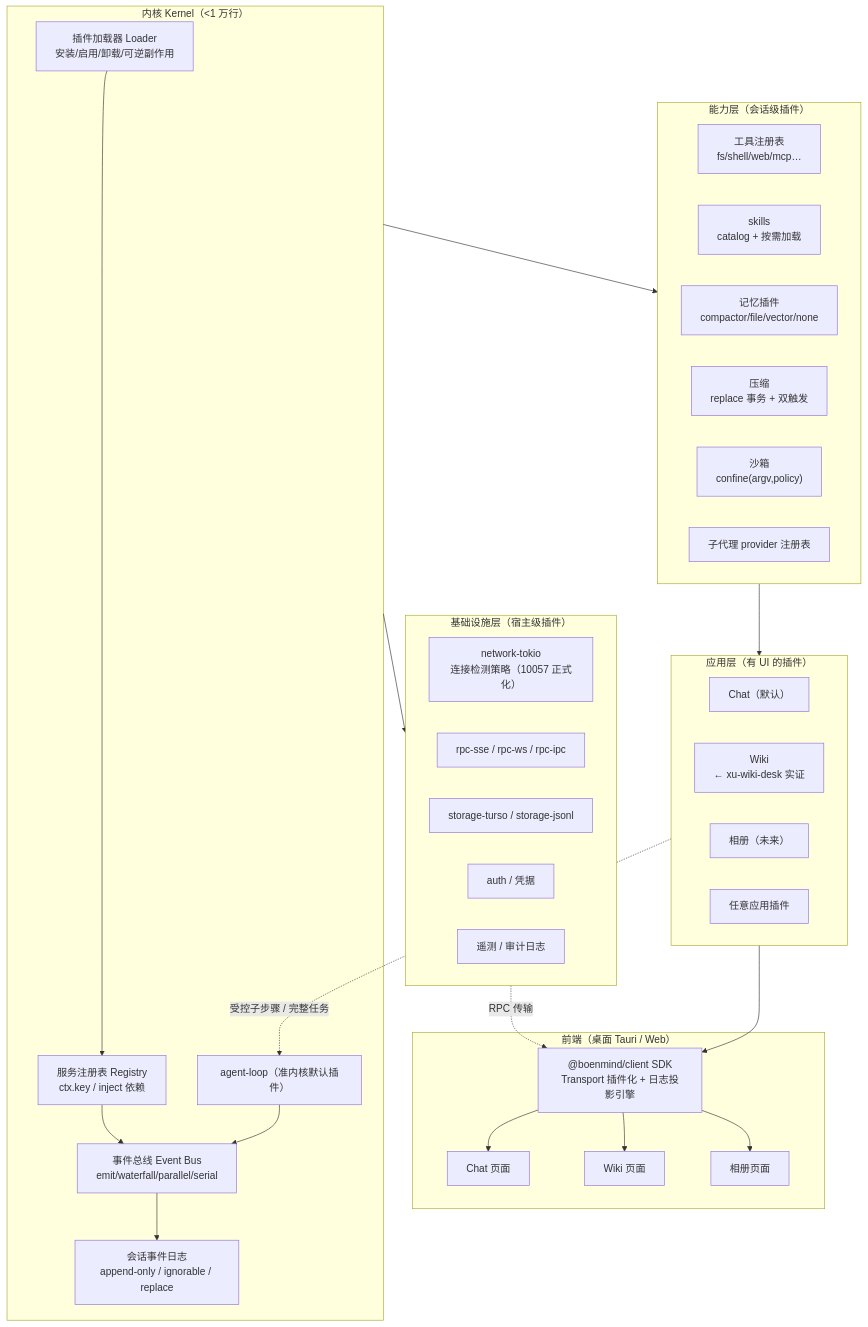
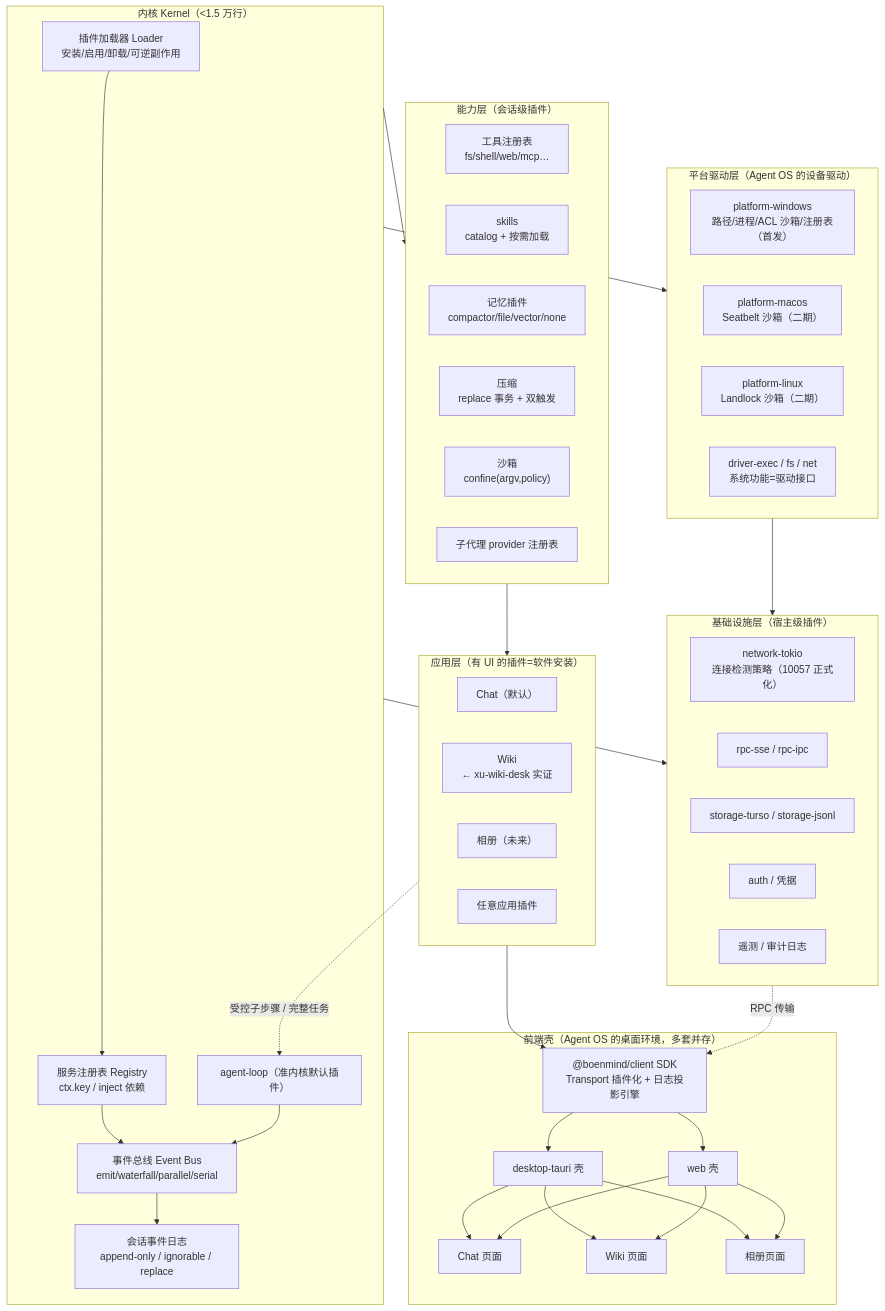
Before and after one commit to SadBoen/BoenMind: the diagram in docs/everything-is-plugin-architecture.md, drawn with Mermaid. The commit also changed other lines of this file, not shown here.

Commit message:
docs(architecture): v0.5 Agent OS 维度——平台驱动层/前端=桌面环境/应用=软件安装，概念映射表 + Mermaid 更新 + 补审 S10-S12

````diff
--- a/docs/everything-is-plugin-architecture.md
+++ b/docs/everything-is-plugin-architecture.md
@@ -137,51 +159,64 @@
 ```mermaid
 graph TD
-    subgraph Kernel["内核 Kernel（<1 万行）"]
+    subgraph Kernel["内核 Kernel（<1.5 万行）"]
         L["插件加载器 Loader<br/>安装/启用/卸载/可逆副作用"]
         S["服务注册表 Registry<br/>ctx.key / inject 依赖"]
         E["事件总线 Event Bus<br/>emit/waterfall/parallel/serial"]
         LOG["会话事件日志<br/>append-only / ignorable / replace"]
         LOOP["agent-loop（准内核默认插件）"]
         L --> S --> E --> LOG
         LOOP --> E
     end
 
+    subgraph Drivers["平台驱动层（Agent OS 的设备驱动）"]
+        PW["platform-windows<br/>路径/进程/ACL 沙箱/注册表（首发）"]
+        PM["platform-macos<br/>Seatbelt 沙箱（二期）"]
+        PL["platform-linux<br/>Landlock 沙箱（二期）"]
+        DE["driver-exec / fs / net<br/>系统功能=驱动接口"]
+    end
+
     subgraph Infra["基础设施层（宿主级插件）"]
         NET["network-tokio<br/>连接检测策略（10057 正式化）"]
-        RPC["rpc-sse / rpc-ws / rpc-ipc"]
+        RPC["rpc-sse / rpc-ipc"]
         STORAGE["storage-turso / storage-jsonl"]
         AUTH["auth / 凭据"]
         TELE["遥测 / 审计日志"]
     end
 
     subgraph Capability["能力层（会话级插件）"]
         TOOLS["工具注册表<br/>fs/shell/web/mcp…"]
         SKILLS["skills<br/>catalog + 按需加载"]
         MEM["记忆插件<br/>compactor/file/vector/none"]
         COMPACT["压缩<br/>replace 事务 + 双触发"]
         SANDBOX["沙箱<br/>confine(argv,policy)"]
         SUB["子代理 provider 注册表"]
     end
 
-    subgraph Apps["应用层（有 UI 的插件）"]
+    subgraph Apps["应用层（有 UI 的插件=软件安装）"]
         CHAT["Chat（默认）"]
         WIKI["Wiki<br/>← xu-wiki-desk 实证"]
         ALBUM["相册（未来）"]
         ANY["任意应用插件"]
     end
 
-    subgraph Front["前端（桌面 Tauri / Web）"]
+    subgraph Front["前端壳（Agent OS 的桌面环境，多套并存）"]
         SDK["@boenmind/client SDK<br/>Transport 插件化 + 日志投影引擎"]
+        DE1["desktop-tauri 壳"]
+        DE2["web 壳"]
         UI1["Chat 页面"] 
         UI2["Wiki 页面"]
         UI3["相册页面"]
     end
 
+    Kernel --> Drivers
+    Drivers --> Infra
     Kernel --> Infra
     Kernel --> Capability
     Capability --> Apps
     Apps --> SDK
-    SDK --> UI1 & UI2 & UI3
+    SDK --> DE1 & DE2
+    DE1 --> UI1 & UI2 & UI3
+    DE2 --> UI1 & UI2 & UI3
     Apps -. "受控子步骤 / 完整任务" .-> LOOP
     Infra -. "RPC 传输" .-> SDK
 ```
````
